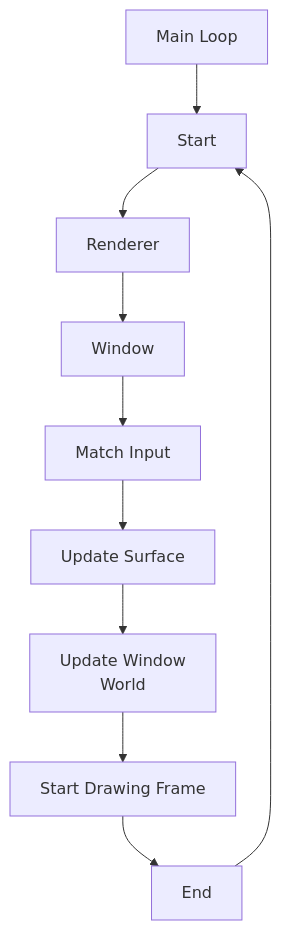
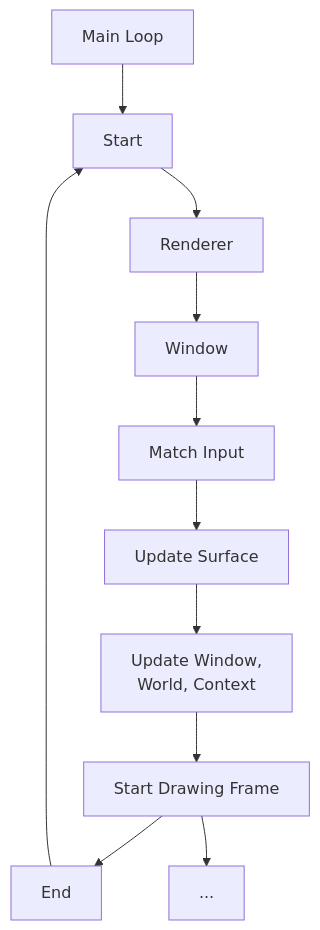
Before and after one commit to Delfi1/DEngine: the second of 4 diagrams in README.md, drawn with Mermaid. The commit also changed other lines of this file and 8 other files, not shown here.

````diff
--- a/README.md
+++ b/README.md
@@ -20,13 +28,14 @@
 ```mermaid
 graph TD;
     MainLoop[Main Loop];
     MainLoop --> Start;
     Start --> Renderer;
     Renderer --> Window;
     Window --> MatchInput[Match Input];
     MatchInput --> UpdateSurface[Update Surface];
-    UpdateSurface --> Update[Update Window\n World];
+    UpdateSurface --> Update["Update Window,\n World, Context"];
     Update --> DrawFrame[Start Drawing Frame];
     DrawFrame --> End;
+    DrawFrame --> ...;
     End --> Start;
 ```
````
